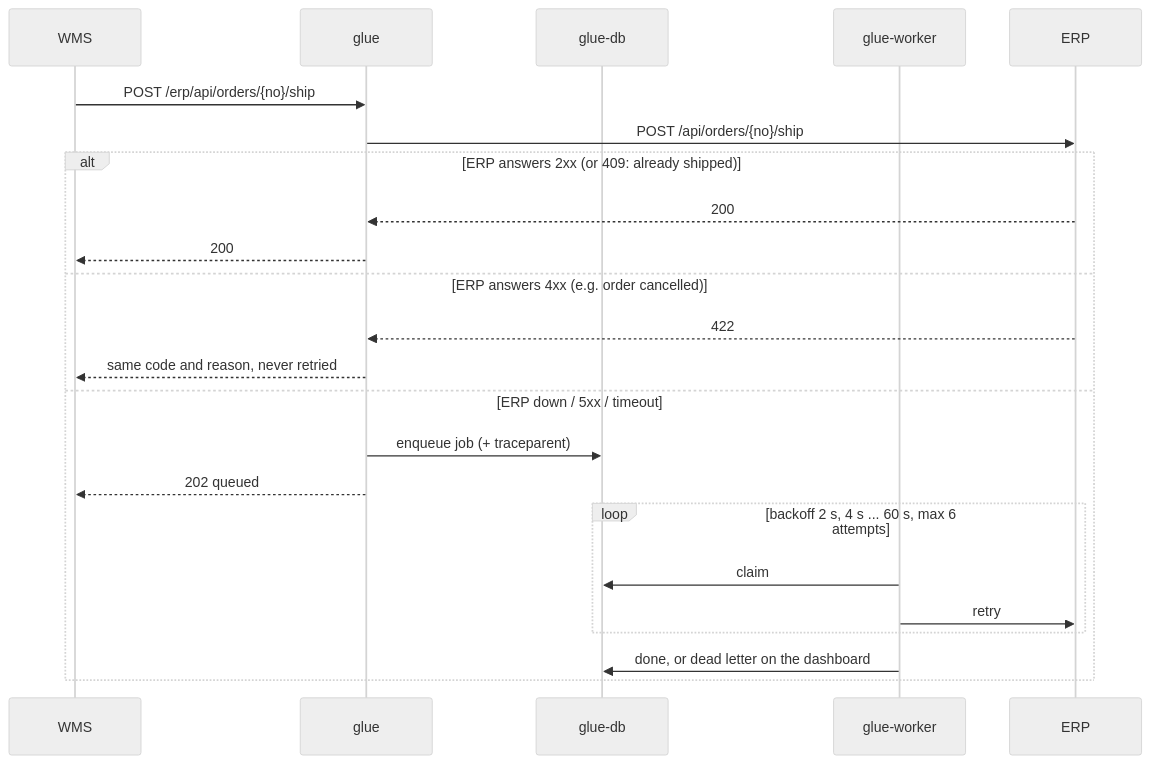
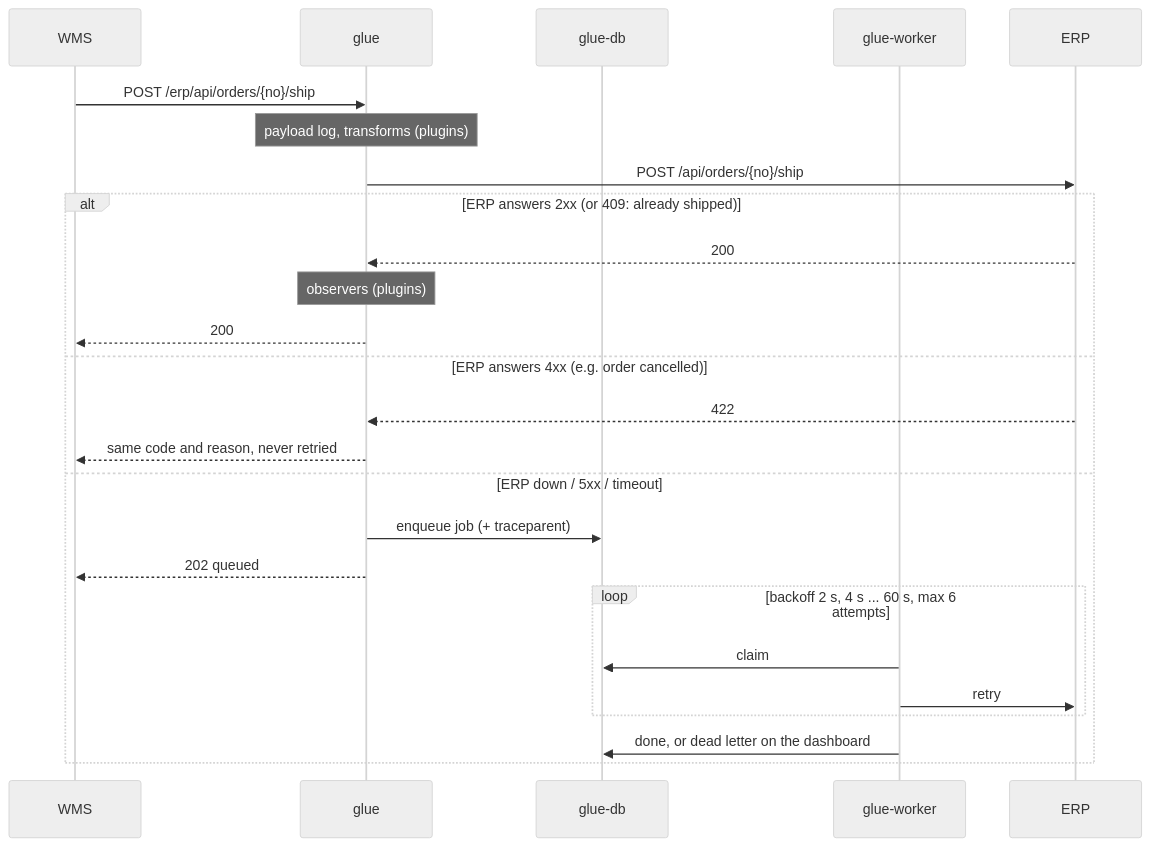
Before and after one commit to robert-schmidt/glue-service: the second of 3 diagrams in README.md, drawn with Mermaid (neutral theme). The commit also changed other lines of this file and 1 other file, not shown here.

Commit message:
README: diagrams show plugins and the replay check

````diff
--- a/README.md
+++ b/README.md
@@ -158,25 +164,27 @@
 ```mermaid
 sequenceDiagram
   participant W as WMS
   participant G as glue
   participant Q as glue-db
   participant K as glue-worker
   participant E as ERP
   W->>G: POST /erp/api/orders/{no}/ship
+  Note over G: payload log, transforms (plugins)
   G->>E: POST /api/orders/{no}/ship
   alt ERP answers 2xx (or 409: already shipped)
     E-->>G: 200
+    Note over G: observers (plugins)
     G-->>W: 200
   else ERP answers 4xx (e.g. order cancelled)
     E-->>G: 422
     G-->>W: same code and reason, never retried
   else ERP down / 5xx / timeout
     G->>Q: enqueue job (+ traceparent)
     G-->>W: 202 queued
     loop backoff 2 s, 4 s ... 60 s, max 6 attempts
       K->>Q: claim
       K->>E: retry
     end
     K->>Q: done, or dead letter on the dashboard
   end
 ```
````
